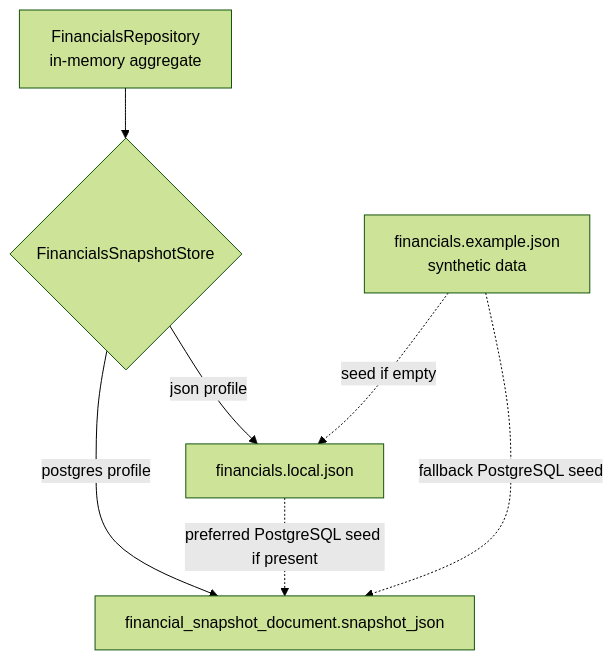
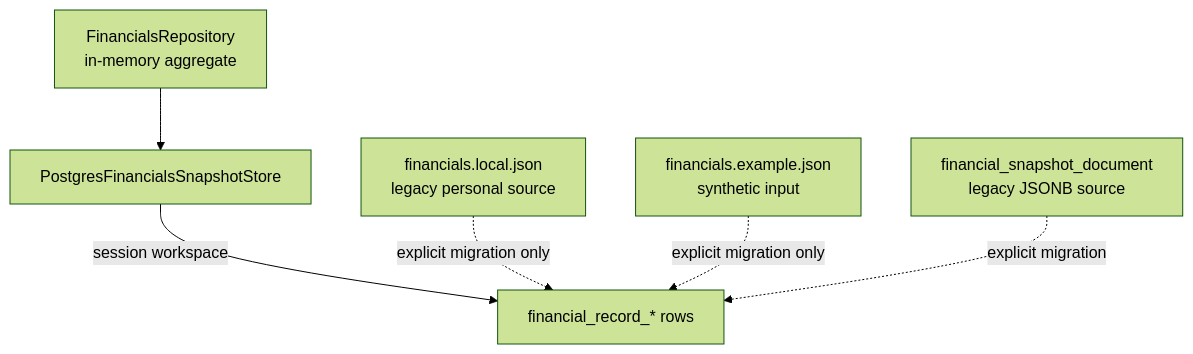
The diagram in docs/database-storage-guide.md (everdein/pay-period-planner), drawn with Mermaid (forest theme) before and after one commit. The commit also changed other lines of this file and 132 other files, not shown here.

First line of the commit message:
Complete PostgreSQL workspace runtime (#32)

````diff
--- a/docs/database-storage-guide.md
+++ b/docs/database-storage-guide.md
@@ -15,9 +12,8 @@
 ```mermaid
 flowchart TD
-    Repo["FinancialsRepository<br/>in-memory aggregate"] --> Store{"FinancialsSnapshotStore"}
-    Store -->|"json profile"| Local["financials.local.json"]
-    Store -->|"postgres profile"| Document["financial_snapshot_document.snapshot_json"]
-    Example["financials.example.json<br/>synthetic data"] -. "seed if empty" .-> Local
-    Local -. "preferred PostgreSQL seed if present" .-> Document
-    Example -. "fallback PostgreSQL seed" .-> Document
+    Repo["FinancialsRepository<br/>in-memory aggregate"] --> Store["PostgresFinancialsSnapshotStore"]
+    Store -->|"session workspace"| Relational["financial_record_* rows"]
+    Local["financials.local.json<br/>legacy personal source"] -. "explicit migration only" .-> Relational
+    Example["financials.example.json<br/>synthetic input"] -. "explicit migration only" .-> Relational
+    Legacy["financial_snapshot_document<br/>legacy JSONB source"] -. "explicit migration" .-> Relational
 ```
````
